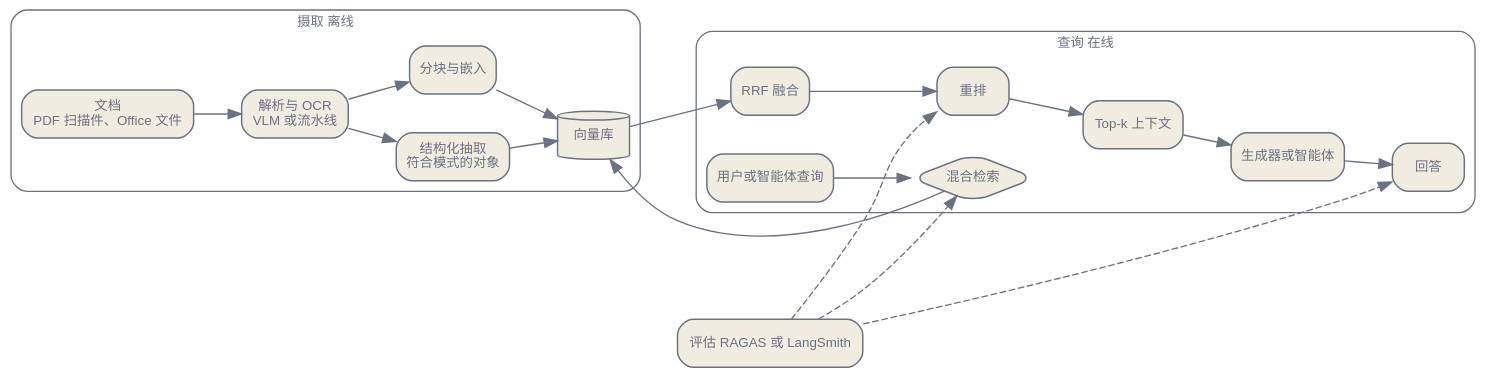
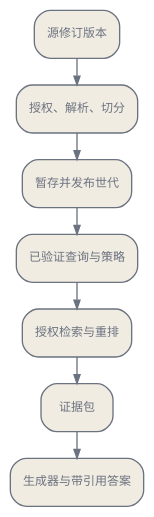
One commit to latere-ai/ai-as-an-infrastructure changed the first of 3 diagrams in zh/practice/06-retrieval-and-documents.qmd. Above: the diagram before and after it, drawn with Graphviz. The commit also changed other lines of this file and 3 other files, not shown here.

````diff
--- a/zh/practice/06-retrieval-and-documents.qmd
+++ b/zh/practice/06-retrieval-and-documents.qmd
@@ -17,45 +18,21 @@
 ```{dot}
 //| label: fig-retrieval-pipeline
-//| fig-cap: "检索与文档智能流水线，从原始文档到有依据的回答。摄取在离线，查询在在线，评估观测两者。"
+//| fig-cap: "一项检索发布包含离线发布路径和经过授权的在线证据路径。"
 digraph {
   bgcolor="transparent";
-  rankdir=LR;
-  nodesep=0.4; ranksep=0.5;
-  node [shape=box, style="rounded,filled", fontname="Helvetica", fontsize=10, color="#6b7280", fontcolor="#6b7280", fillcolor="#f1ece1", penwidth=1.1];
-  edge [fontsize=10, fontname="Helvetica", color="#6b7280", fontcolor="#6b7280"];
-  subgraph cluster_Ingest {
-    label="摄取 离线"; style=rounded; color="#6b7280"; fontcolor="#6b7280"; fontsize=10;
-    D [label="文档\nPDF 扫描件、Office 文件"];
-    P [label="解析与 OCR\nVLM 或流水线"];
-    X [label="结构化抽取\n符合模式的对象"];
-    C [label="分块与嵌入"];
-    VDB [label="向量库", shape=cylinder];
-    D -> P;
-    P -> X;
-    P -> C;
-    X -> VDB;
-    C -> VDB;
-  }
-  subgraph cluster_Query {
-    label="查询 在线"; style=rounded; color="#6b7280"; fontcolor="#6b7280"; fontsize=10;
-    Q [label="用户或智能体查询"];
-    H [label="混合检索", shape=diamond];
-    F [label="RRF 融合"];
-    RR [label="重排"];
-    CTX [label="Top-k 上下文"];
-    LLM [label="生成器或智能体"];
-    A [label="回答"];
-    Q -> H;
-    H -> VDB;
-    VDB -> F;
-    F -> RR;
-    RR -> CTX;
-    CTX -> LLM;
-    LLM -> A;
-  }
-  EVAL [label="评估 RAGAS 或 LangSmith"];
-  EVAL -> H [style=dashed];
-  EVAL -> RR [style=dashed];
-  EVAL -> A [style=dashed];
+  rankdir=TB;
+  graph [nodesep=0.18, ranksep=0.28];
+  node [shape=box, style="rounded,filled", fontname="Helvetica", fontsize=9,
+        color="#6b7280", fontcolor="#6b7280", fillcolor="#f1ece1",
+        penwidth=1.0, margin="0.12,0.08"];
+  edge [color="#6b7280", arrowsize=0.65];
+  S [label="源修订版本"];
+  I [label="授权、解析、切分"];
+  P [label="暂存并发布世代"];
+  Q [label="已验证查询与策略"];
+  R [label="授权检索与重排"];
+  E [label="证据包"];
+  A [label="生成器与带引用答案"];
+  S -> I -> P -> Q -> R -> E -> A;
 }
 ```
````
